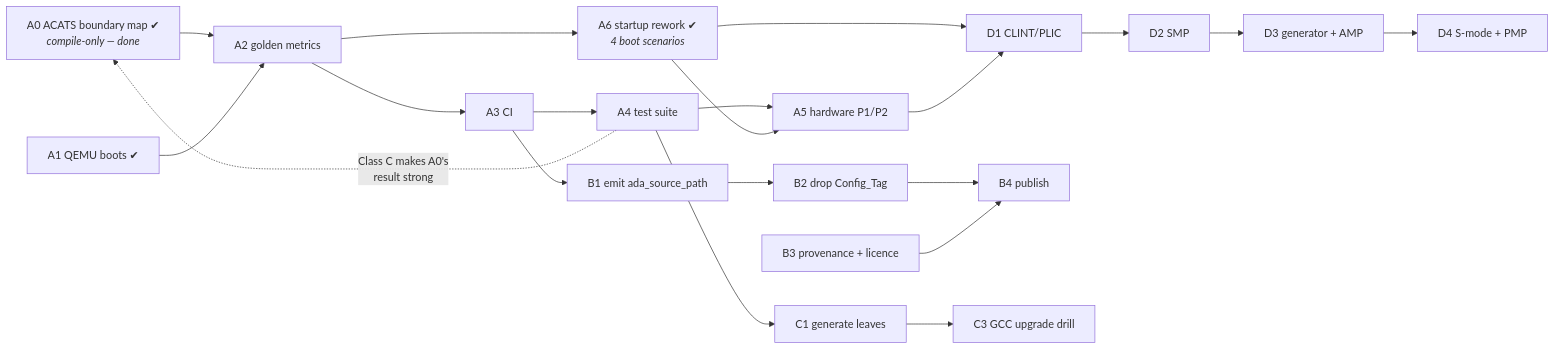
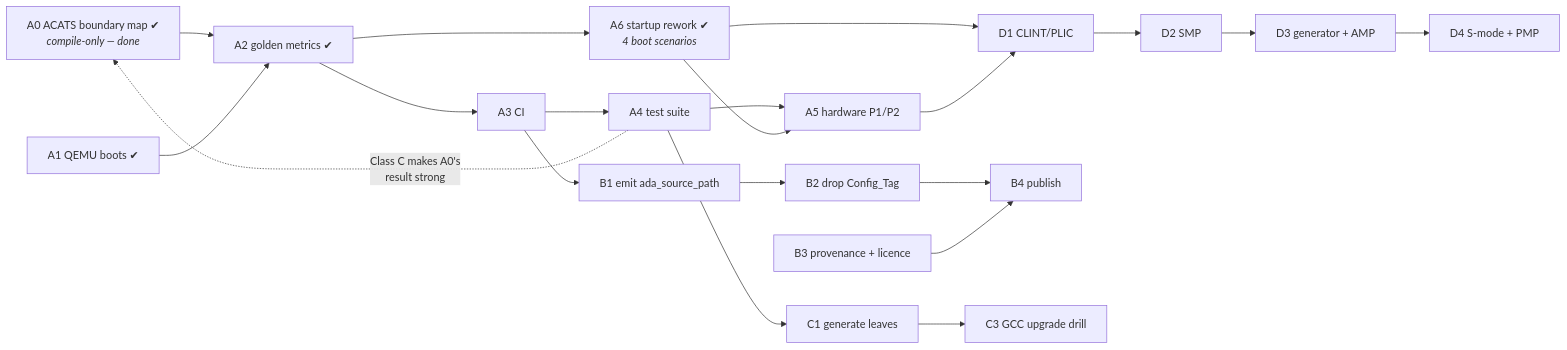
Before and after one commit to ThyMYthOS/ada-machine: the diagram in RTS-PRODUCTION.md, drawn with Mermaid. The commit also changed other lines of this file and 3 other files, not shown here.

````diff
--- a/RTS-PRODUCTION.md
+++ b/RTS-PRODUCTION.md
@@ -323,12 +327,12 @@
 ```mermaid
 graph LR
-    A0["A0 ACATS boundary map ✔<br/><i>compile-only — done</i>"] --> A2["A2 golden metrics"]
+    A0["A0 ACATS boundary map ✔<br/><i>compile-only — done</i>"] --> A2["A2 golden metrics ✔"]
     A1["A1 QEMU boots ✔"] --> A2 --> A3["A3 CI"] --> A4["A4 test suite"] --> A5["A5 hardware P1/P2"]
     A2 --> A6["A6 startup rework ✔<br/><i>4 boot scenarios</i>"] --> A5
     A6 --> D1
     A3 --> B1["B1 emit ada_source_path"] --> B2["B2 drop Config_Tag"] --> B4["B4 publish"]
     B3["B3 provenance + licence"] --> B4
     A4 --> C1["C1 generate leaves"] --> C3["C3 GCC upgrade drill"]
     A5 --> D1["D1 CLINT/PLIC"] --> D2["D2 SMP"] --> D3["D3 generator + AMP"] --> D4["D4 S-mode + PMP"]
     A4 -.->|"Class C makes A0's<br/>result strong"| A0
 ```
````
